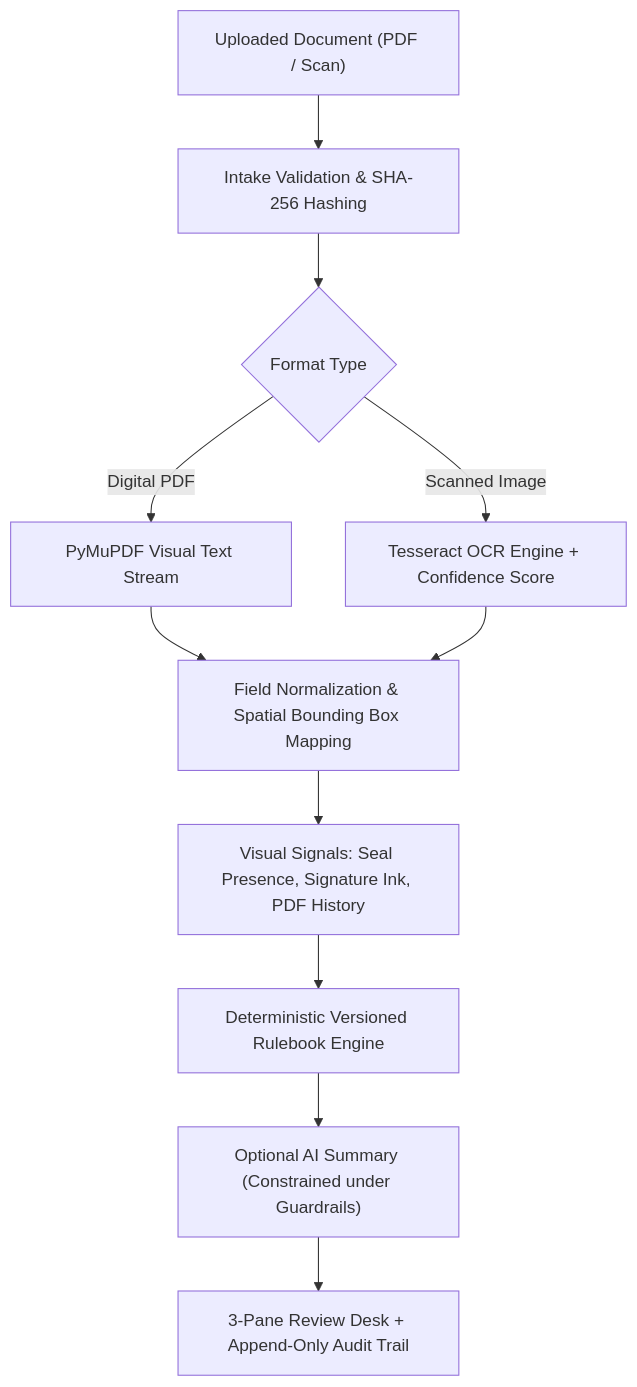
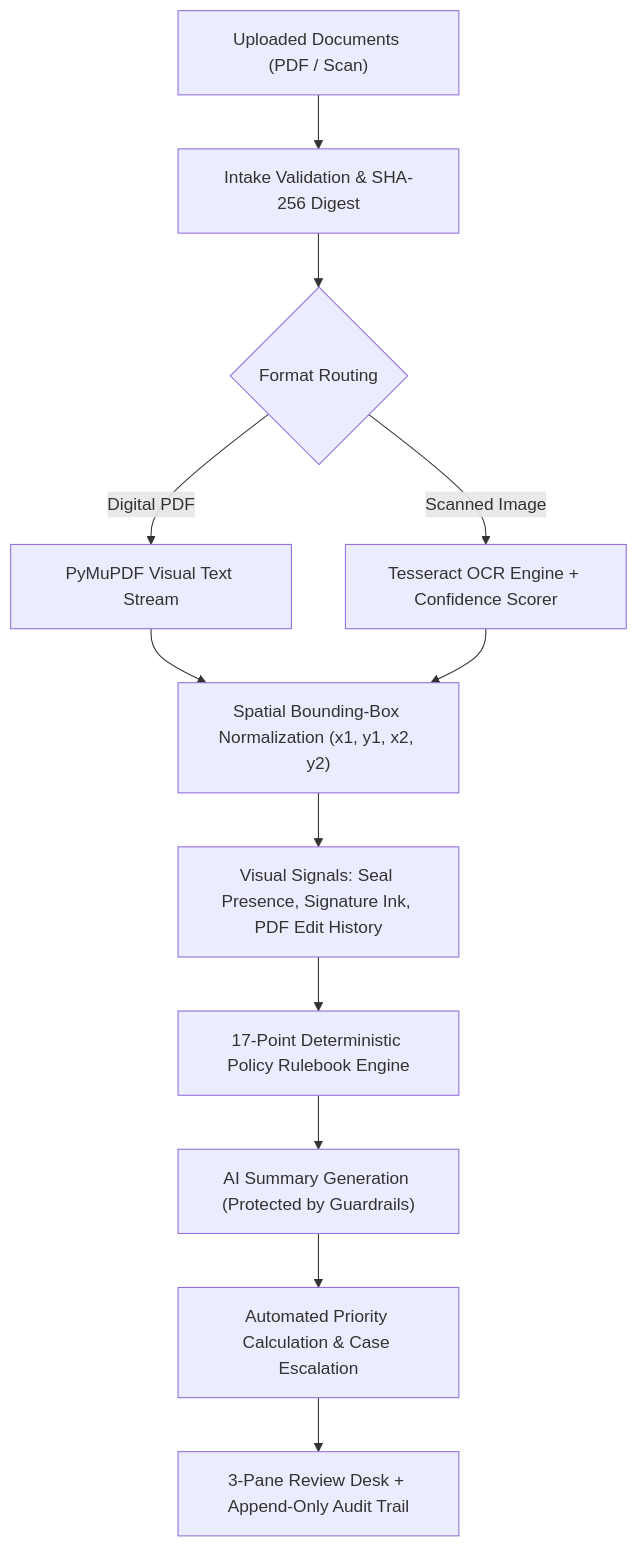
The diagram in README.md (suryakrishna17/Veriscope), drawn with Mermaid before and after one commit. The commit also changed other lines of this file, not shown here.

Commit message:
docs: spotlight Smart Automation theme, AICTE partner badge, and 5 pillars of automated regulatory review

````diff
--- a/README.md
+++ b/README.md
@@ -75,13 +88,14 @@
 ```mermaid
 flowchart TD
-    A["Uploaded Document (PDF / Scan)"] --> B["Intake Validation & SHA-256 Hashing"]
-    B --> C{"Format Type"}
+    A["Uploaded Documents (PDF / Scan)"] --> B["Intake Validation & SHA-256 Digest"]
+    B --> C{"Format Routing"}
     C -->|"Digital PDF"| D["PyMuPDF Visual Text Stream"]
-    C -->|"Scanned Image"| E["Tesseract OCR Engine + Confidence Score"]
-    D --> F["Field Normalization & Spatial Bounding Box Mapping"]
+    C -->|"Scanned Image"| E["Tesseract OCR Engine + Confidence Scorer"]
+    D --> F["Spatial Bounding-Box Normalization (x1, y1, x2, y2)"]
     E --> F
-    F --> G["Visual Signals: Seal Presence, Signature Ink, PDF History"]
-    G --> H["Deterministic Versioned Rulebook Engine"]
-    H --> I["Optional AI Summary (Constrained under Guardrails)"]
-    I --> J["3-Pane Review Desk + Append-Only Audit Trail"]
+    F --> G["Visual Signals: Seal Presence, Signature Ink, PDF Edit History"]
+    G --> H["17-Point Deterministic Policy Rulebook Engine"]
+    H --> I["AI Summary Generation (Protected by Guardrails)"]
+    I --> J["Automated Priority Calculation & Case Escalation"]
+    J --> K["3-Pane Review Desk + Append-Only Audit Trail"]
 ```
````
